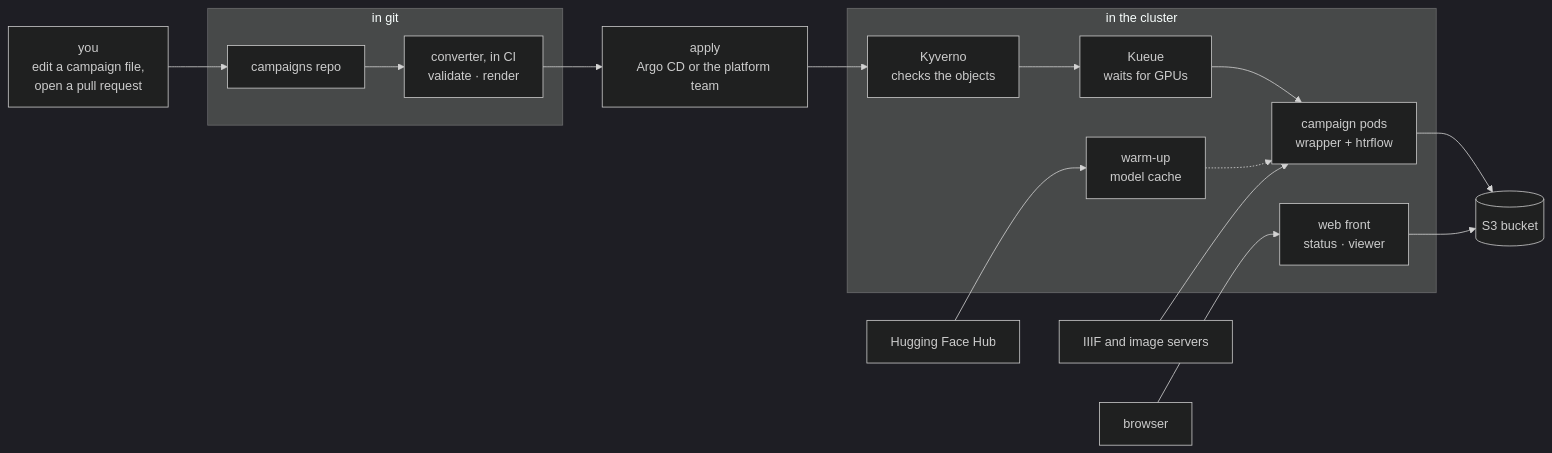
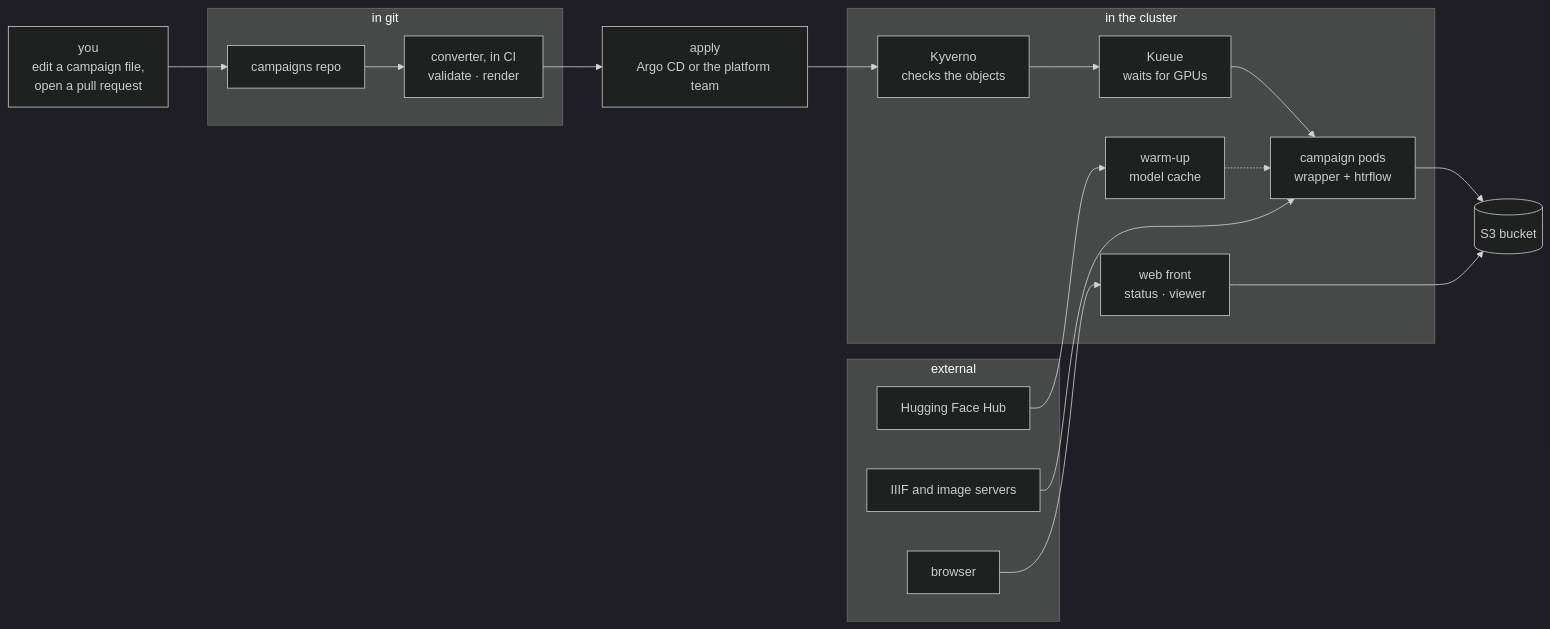
Before and after one commit to AI-Riksarkivet/htrflow-batch: the first of 15 diagrams in docs/slides/part-1-from-one-folder-to-the-archive.md, drawn with Mermaid (dark theme). The commit also changed other lines of this file and 8 other files, not shown here.

````diff
--- a/docs/slides/part-1-from-one-folder-to-the-archive.md
+++ b/docs/slides/part-1-from-one-folder-to-the-archive.md
@@ -132,24 +147,26 @@
 ```mermaid w:1180
 flowchart LR
   YOU["you<br/>edit a campaign file,<br/>open a pull request"]
   subgraph GIT["in git"]
     REPO["campaigns repo"] --> CONV["converter, in CI<br/>validate · render"]
   end
   AP["apply<br/>Argo CD or the platform team"]
-  IIIF["IIIF and image servers"]
-  HUB["Hugging Face Hub"]
-  BR["browser"]
   subgraph K8S["in the cluster"]
     KYV["Kyverno<br/>checks the objects"] --> KUE["Kueue<br/>waits for GPUs"] --> JOB["campaign pods<br/>wrapper + htrflow"]
     WARM["warm-up<br/>model cache"] -.-> JOB
     WEB["web front<br/>status · viewer"]
+  end
+  subgraph OUT["external"]
+    IIIF["IIIF and image servers"]
+    HUB["Hugging Face Hub"]
+    BR["browser"]
   end
   S3[("S3 bucket")]
   YOU --> REPO
   CONV --> AP --> KYV
   IIIF --> JOB
   HUB --> WARM
   BR --> WEB
   JOB --> S3
   WEB --> S3
 ```
````
